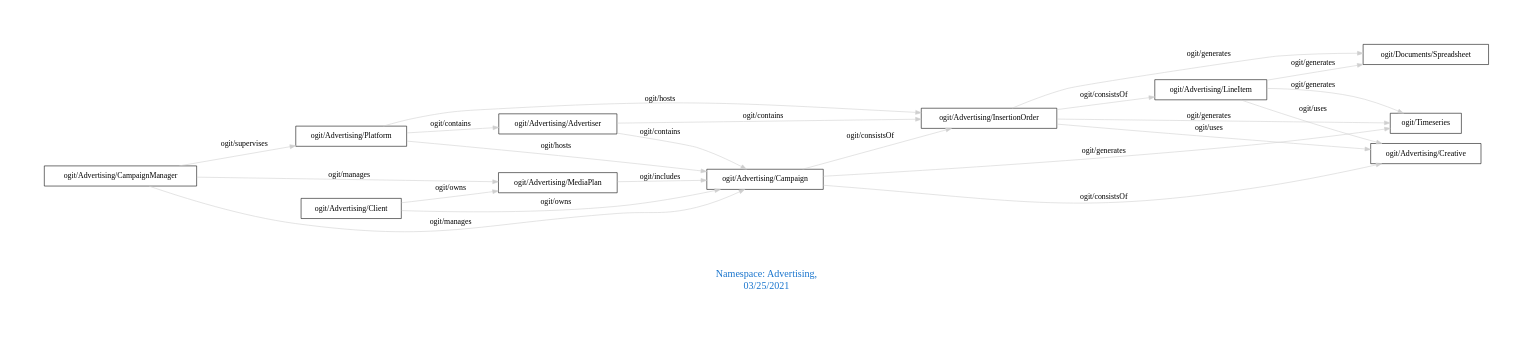
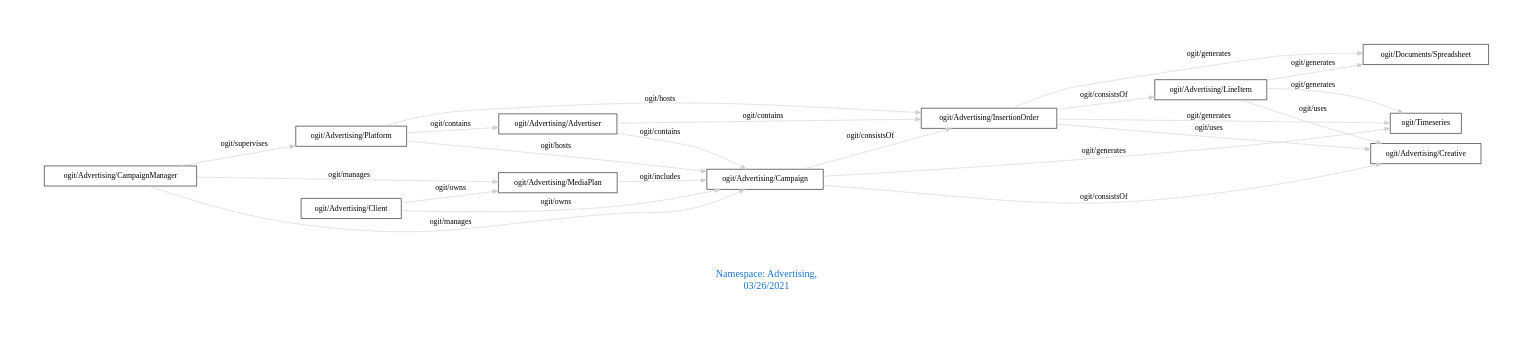
The diagram in downloads/Advertising.dot (arago/OGIT), drawn with Graphviz before and after one commit. The commit also changed 1848 other files, not shown here.

```diff
--- a/downloads/Advertising.dot
+++ b/downloads/Advertising.dot
@@ -1,29 +1,29 @@
 digraph OGIT_ontology {
  graph [ rankdir= LR,pad=1 
 fontsize = 18,
-fontcolor= dodgerblue3,label = "\n\n\nNamespace: Advertising, \n 03/25/2021"];
+fontcolor= dodgerblue3,label = "\n\n\nNamespace: Advertising, \n 03/26/2021"];
 node[shape=polygon];
 edge [  color="gray81"];
 
    "ogit/Advertising/Advertiser" -> "ogit/Advertising/Campaign" [label="   ogit/contains    "];
    "ogit/Advertising/Advertiser" -> "ogit/Advertising/InsertionOrder" [label="   ogit/contains    "];
    "ogit/Advertising/Platform" -> "ogit/Advertising/Advertiser" [label="   ogit/contains    "];
    "ogit/Advertising/CampaignManager" -> "ogit/Advertising/MediaPlan" [label="   ogit/manages    "];
    "ogit/Advertising/CampaignManager" -> "ogit/Advertising/Campaign" [label="   ogit/manages    "];
    "ogit/Advertising/Platform" -> "ogit/Advertising/Campaign" [label="   ogit/hosts    "];
    "ogit/Advertising/Platform" -> "ogit/Advertising/InsertionOrder" [label="   ogit/hosts    "];
    "ogit/Advertising/CampaignManager" -> "ogit/Advertising/Platform" [label="   ogit/supervises    "];
    "ogit/Advertising/Campaign" -> "ogit/Timeseries" [label="   ogit/generates    "];
    "ogit/Advertising/InsertionOrder" -> "ogit/Timeseries" [label="   ogit/generates    "];
    "ogit/Advertising/InsertionOrder" -> "ogit/Documents/Spreadsheet" [label="   ogit/generates    "];
    "ogit/Advertising/LineItem" -> "ogit/Timeseries" [label="   ogit/generates    "];
    "ogit/Advertising/LineItem" -> "ogit/Documents/Spreadsheet" [label="   ogit/generates    "];
    "ogit/Advertising/MediaPlan" -> "ogit/Advertising/Campaign" [label="   ogit/includes    "];
    "ogit/Advertising/Client" -> "ogit/Advertising/MediaPlan" [label="   ogit/owns    "];
    "ogit/Advertising/Client" -> "ogit/Advertising/Campaign" [label="   ogit/owns    "];
    "ogit/Advertising/InsertionOrder" -> "ogit/Advertising/Creative" [label="   ogit/uses    "];
    "ogit/Advertising/LineItem" -> "ogit/Advertising/Creative" [label="   ogit/uses    "];
    "ogit/Advertising/Campaign" -> "ogit/Advertising/InsertionOrder" [label="   ogit/consistsOf    "];
    "ogit/Advertising/Campaign" -> "ogit/Advertising/Creative" [label="   ogit/consistsOf    "];
    "ogit/Advertising/InsertionOrder" -> "ogit/Advertising/LineItem" [label="   ogit/consistsOf    "];
 }
```
